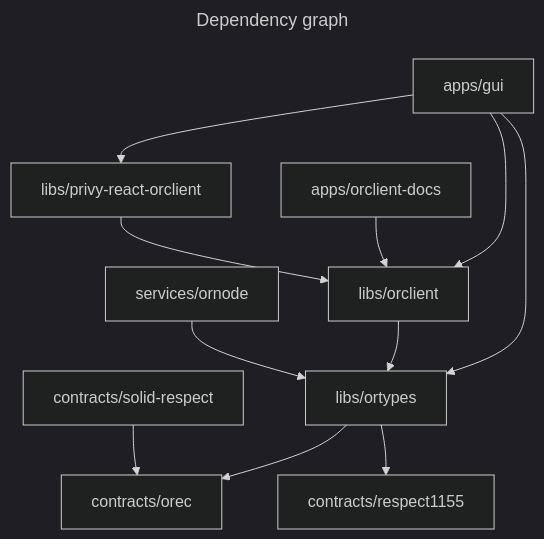
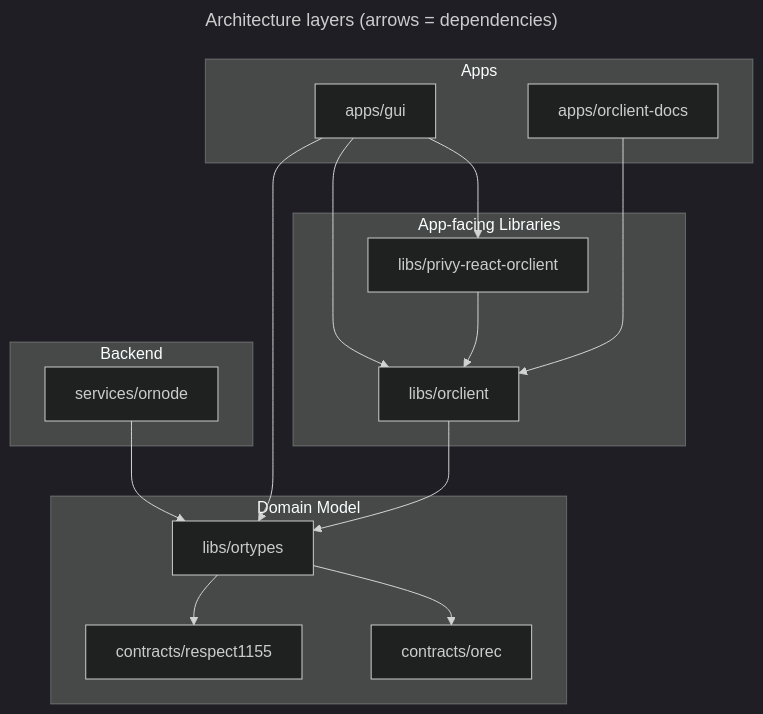
One commit to DanSingjoy/ordao changed the diagram in README.md. Above: the diagram before and after it, drawn with Mermaid (dark theme). The commit also changed other lines of this file, not shown here.

````diff
--- a/README.md
+++ b/README.md
@@ -29,16 +13,35 @@
 ```mermaid
 ---
-title: Dependency graph
+title: "Architecture layers (arrows = dependencies)"
 ---
 flowchart TD
-  apps/gui --> libs/orclient
-  apps/gui --> libs/ortypes
-  apps/gui --> libs/privy-react-orclient
-  apps/orclient-docs --> libs/orclient
-  libs/privy-react-orclient --> libs/orclient
-  libs/orclient --> libs/ortypes
-  services/ornode --> libs/ortypes
-  libs/ortypes --> contracts/orec
-  libs/ortypes --> contracts/respect1155
-  contracts/solid-respect --> contracts/orec
+  subgraph apps["Apps"]
+    gui[apps/gui]
+    docs[apps/orclient-docs]
+  end
+
+  subgraph clientlibs["App-facing Libraries"]
+    orclient[libs/orclient]
+    privy[libs/privy-react-orclient]
+  end
+
+  subgraph domain["Domain Model"]
+    ortypes[libs/ortypes]
+    orec[contracts/orec]
+    respect[contracts/respect1155]
+  end
+
+  subgraph backend["Backend"]
+    ornode[services/ornode]
+  end
+
+  gui --> privy
+  gui --> orclient
+  gui --> ortypes
+  docs --> orclient
+  privy --> orclient
+  orclient --> ortypes
+  ortypes --> orec
+  ortypes --> respect
+  ornode --> ortypes
 ```
````
